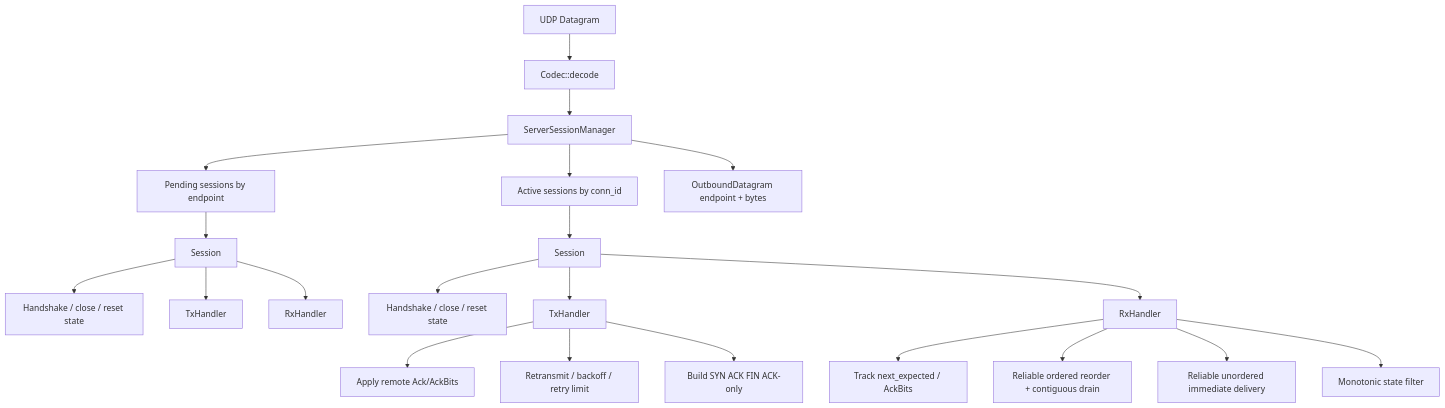
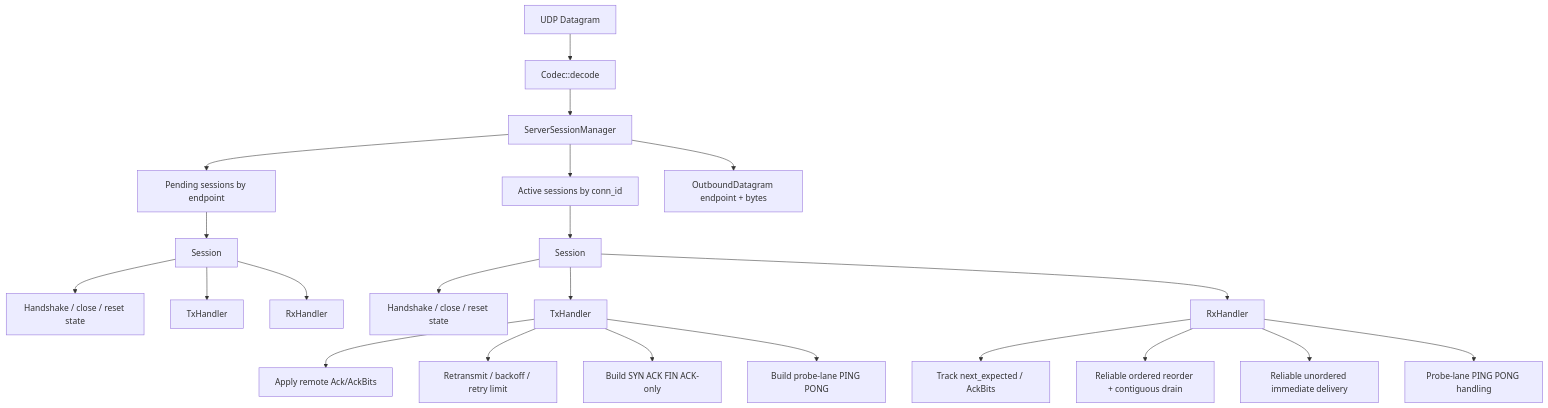
Before and after one commit to suigetsu312/RUDP: the diagram in docs/architecture.md, drawn with Mermaid. The commit also changed other lines of this file and 24 other files, not shown here.

````diff
--- a/docs/architecture.md
+++ b/docs/architecture.md
@@ -3,30 +3,31 @@
 ```mermaid
 flowchart TD
     Udp[UDP Datagram] --> Codec[Codec::decode]
     Codec --> Manager[ServerSessionManager]
 
     Manager --> Pending[Pending sessions by endpoint]
     Manager --> Active[Active sessions by conn_id]
 
     Pending --> SessionP[Session]
     Active --> SessionA[Session]
 
     SessionP --> LifecycleP[Handshake / close / reset state]
     SessionA --> LifecycleA[Handshake / close / reset state]
 
     SessionA --> Tx[TxHandler]
     SessionA --> Rx[RxHandler]
     SessionP --> TxP[TxHandler]
     SessionP --> RxP[RxHandler]
 
     Tx --> AckTx[Apply remote Ack/AckBits]
     Tx --> Retx[Retransmit / backoff / retry limit]
     Tx --> ControlTx[Build SYN ACK FIN ACK-only]
+    Tx --> ProbeTx[Build probe-lane PING PONG]
 
     Rx --> AckRx[Track next_expected / AckBits]
     Rx --> Ordered[Reliable ordered reorder + contiguous drain]
     Rx --> Unordered[Reliable unordered immediate delivery]
-    Rx --> Mono[Monotonic state filter]
+    Rx --> ProbeRx[Probe-lane PING PONG handling]
 
     Manager --> Outbound[OutboundDatagram endpoint + bytes]
 ```
````
